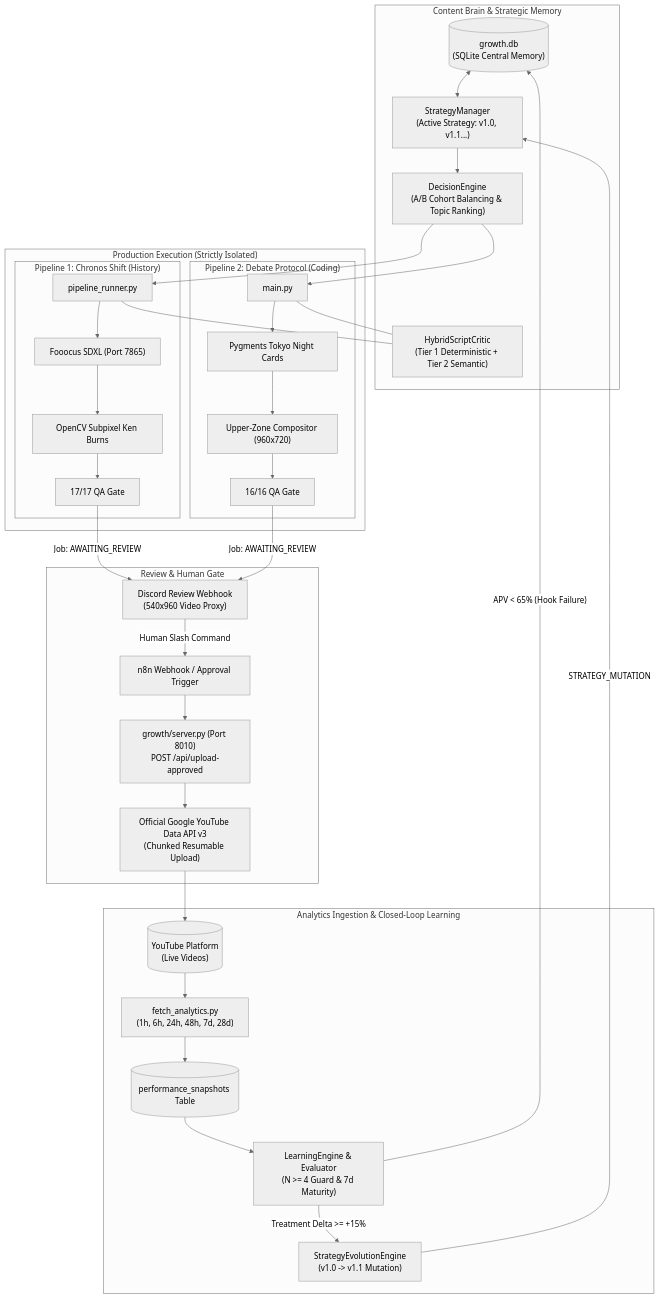
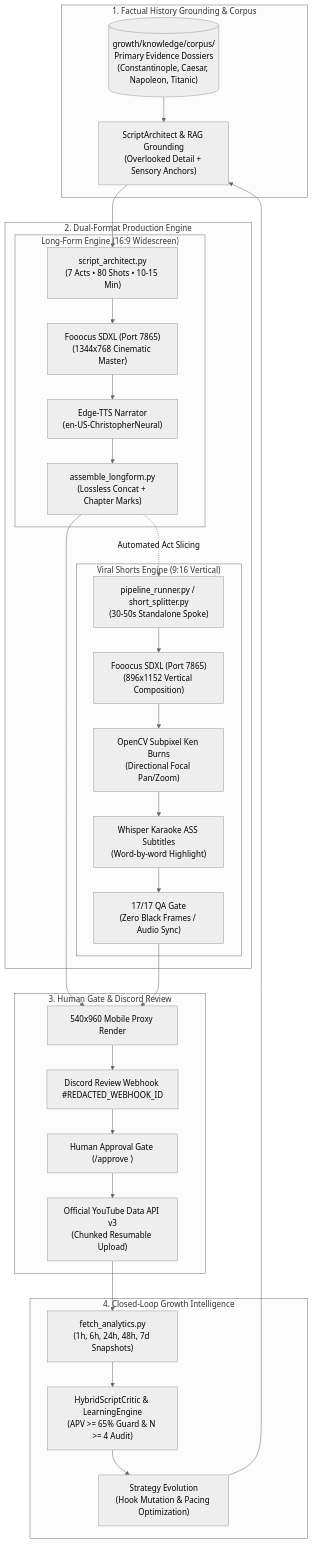
Before and after one commit to sainishath/yt-automation: the diagram in README.md, drawn with Mermaid (neutral theme). The commit also changed other lines of this file and 3 other files, not shown here.

````diff
--- a/README.md
+++ b/README.md
@@ -21,78 +20,64 @@
 ```mermaid
 flowchart TD
     %% ==========================================
-    %% LAYER 1: STRATEGY & CONTENT BRAIN
+    %% LAYER 1: KNOWLEDGE & RESEARCH
     %% ==========================================
-    subgraph BRAIN["Content Brain & Strategic Memory"]
-        DB[("growth.db\n(SQLite Central Memory)")]
-        SM["StrategyManager\n(Active Strategy: v1.0, v1.1...)"]
-        DE["DecisionEngine\n(A/B Cohort Balancing & Topic Ranking)"]
-        CRITIC["HybridScriptCritic\n(Tier 1 Deterministic + Tier 2 Semantic)"]
-        
-        DB <--> SM
-        SM --> DE
+    subgraph RESEARCH["1. Factual History Grounding & Corpus"]
+        CORPUS[("growth/knowledge/corpus/\nPrimary Evidence Dossiers\n(Constantinople, Caesar, Napoleon, Titanic)")]
+        RAG["ScriptArchitect & RAG Grounding\n(Overlooked Detail + Sensory Anchors)"]
+        CORPUS --> RAG
     end
 
     %% ==========================================
-    %% LAYER 2: ISOLATED PRODUCTION PIPELINES
+    %% LAYER 2: PRODUCTION ENGINE
     %% ==========================================
-    subgraph PRODUCTION["Production Execution (Strictly Isolated)"]
-        subgraph P1["Pipeline 1: Chronos Shift (History)"]
-            P1_RUN["pipeline_runner.py"]
-            P1_FOO["Fooocus SDXL (Port 7865)"]
-            P1_KB["OpenCV Subpixel Ken Burns"]
-            P1_QA["17/17 QA Gate"]
+    subgraph PRODUCTION["2. Dual-Format Production Engine"]
+        subgraph LONGFORM["Long-Form Engine (16:9 Widescreen)"]
+            LF_SCRIPT["script_architect.py\n(7 Acts • 80 Shots • 10-15 Min)"]
+            LF_IMAGE["Fooocus SDXL (Port 7865)\n(1344x768 Cinematic Master)"]
+            LF_VOICE["Edge-TTS Narrator\n(en-US-ChristopherNeural)"]
+            LF_COMP["assemble_longform.py\n(Lossless Concat + Chapter Marks)"]
             
-            P1_RUN --> P1_FOO --> P1_KB --> P1_QA
+            LF_SCRIPT --> LF_IMAGE --> LF_VOICE --> LF_COMP
         end
 
-        subgraph P2["Pipeline 2: Debate Protocol (Coding)"]
-            P2_RUN["main.py"]
-            P2_PYG["Pygments Tokyo Night Cards"]
-            P2_COMP["Upper-Zone Compositor (960x720)"]
-            P2_QA["16/16 QA Gate"]
+        subgraph SHORTS["Viral Shorts Engine (9:16 Vertical)"]
+            SH_RUN["pipeline_runner.py / short_splitter.py\n(30-50s Standalone Spoke)"]
+            SH_IMAGE["Fooocus SDXL (Port 7865)\n(896x1152 Vertical Composition)"]
+            SH_KB["OpenCV Subpixel Ken Burns\n(Directional Focal Pan/Zoom)"]
+            SH_SUB["Whisper Karaoke ASS Subtitles\n(Word-by-word Highlight)"]
+            SH_QA["17/17 QA Gate\n(Zero Black Frames / Audio Sync)"]
             
-            P2_RUN --> P2_PYG --> P2_COMP --> P2_QA
+            SH_RUN --> SH_IMAGE --> SH_KB --> SH_SUB --> SH_QA
         end
 
-        DE --> P1_RUN
-        DE --> P2_RUN
-        P1_RUN --- CRITIC
-        P2_RUN --- CRITIC
+        RAG --> LF_SCRIPT
+        LF_COMP -.->|"Automated Act Slicing"| SH_RUN
     end
 
     %% ==========================================
-    %% LAYER 3: HUMAN-IN-THE-LOOP & UPLOAD
+    %% LAYER 3: REVIEW & UPLOAD
     %% ==========================================
-    subgraph REVIEW["Review & Human Gate"]
-        DISCORD["Discord Review Webhook\n(540x960 Video Proxy)"]
-        N8N["n8n Webhook / Approval Trigger"]
-        SERVER["growth/server.py (Port 8010)\nPOST /api/upload-approved"]
-        YT_API["Official Google YouTube Data API v3\n(Chunked Resumable Upload)"]
+    subgraph REVIEW["3. Human Gate & Discord Review"]
+        PROXY["540x960 Mobile Proxy Render"]
+        DISCORD["Discord Review Webhook #REDACTED_WEBHOOK_ID"]
+        APPROVE["Human Approval Gate (/approve <job_id>)"]
+        YT["Official YouTube Data API v3\n(Chunked Resumable Upload)"]
         
-        P1_QA -->|"Job: AWAITING_REVIEW"| DISCORD
-        P2_QA -->|"Job: AWAITING_REVIEW"| DISCORD
-        DISCORD -->|"Human Slash Command"| N8N
-        N8N --> SERVER
-        SERVER --> YT_API
+        LF_COMP --> PROXY
+        SH_QA --> PROXY
+        PROXY --> DISCORD --> APPROVE --> YT
     end
 
     %% ==========================================
     %% LAYER 4: ANALYTICS & CLOSED-LOOP LEARNING
     %% ==========================================
-    subgraph LEARNING["Analytics Ingestion & Closed-Loop Learning"]
-        YT_PLATFORM[("YouTube Platform\n(Live Videos)")]
-        FETCH["fetch_analytics.py\n(1h, 6h, 24h, 48h, 7d, 28d)"]
-        SNAPS[("performance_snapshots Table")]
-        LE["LearningEngine & Evaluator\n(N >= 4 Guard & 7d Maturity)"]
-        EVO["StrategyEvolutionEngine\n(v1.0 -> v1.1 Mutation)"]
+    subgraph LEARNING["4. Closed-Loop Growth Intelligence"]
+        ANALYTICS["fetch_analytics.py\n(1h, 6h, 24h, 48h, 7d Snapshots)"]
+        CRITIC["HybridScriptCritic & LearningEngine\n(APV >= 65% Guard & N >= 4 Audit)"]
+        STRATEGY["Strategy Evolution\n(Hook Mutation & Pacing Optimization)"]
         
-        YT_API --> YT_PLATFORM
-        YT_PLATFORM --> FETCH
-        FETCH --> SNAPS
-        SNAPS --> LE
-        LE -->|"APV < 65% (Hook Failure)"| DB
-        LE -->|"Treatment Delta >= +15%"| EVO
-        EVO -->|"STRATEGY_MUTATION"| SM
+        YT --> ANALYTICS --> CRITIC --> STRATEGY
+        STRATEGY --> RAG
     end
 ```
````
